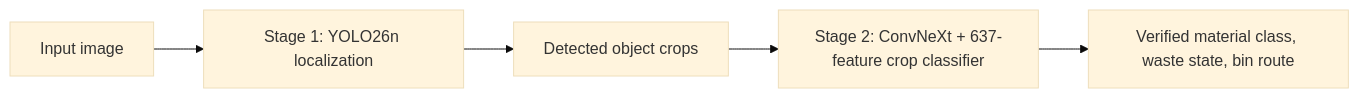
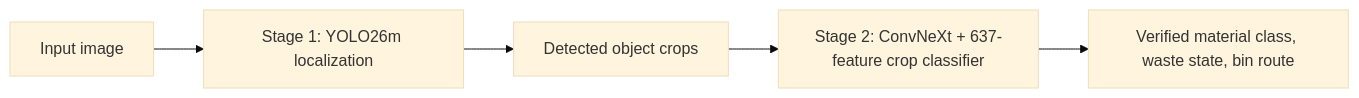
The diagram in README.md (khoaph0712/Final-Year-Project-PDK), drawn with Mermaid (base theme) before and after one commit. The commit also changed other lines of this file and 36 other files, not shown here.

````diff
--- a/README.md
+++ b/README.md
@@ -12,7 +12,7 @@
 ```mermaid
 flowchart LR
-    A["Input image"] --> B["Stage 1: YOLO26n localization"]
+    A["Input image"] --> B["Stage 1: YOLO26m localization"]
     B --> C["Detected object crops"]
     C --> D["Stage 2: ConvNeXt + 637-feature crop classifier"]
     D --> E["Verified material class, waste state, bin route"]
 ```
````
